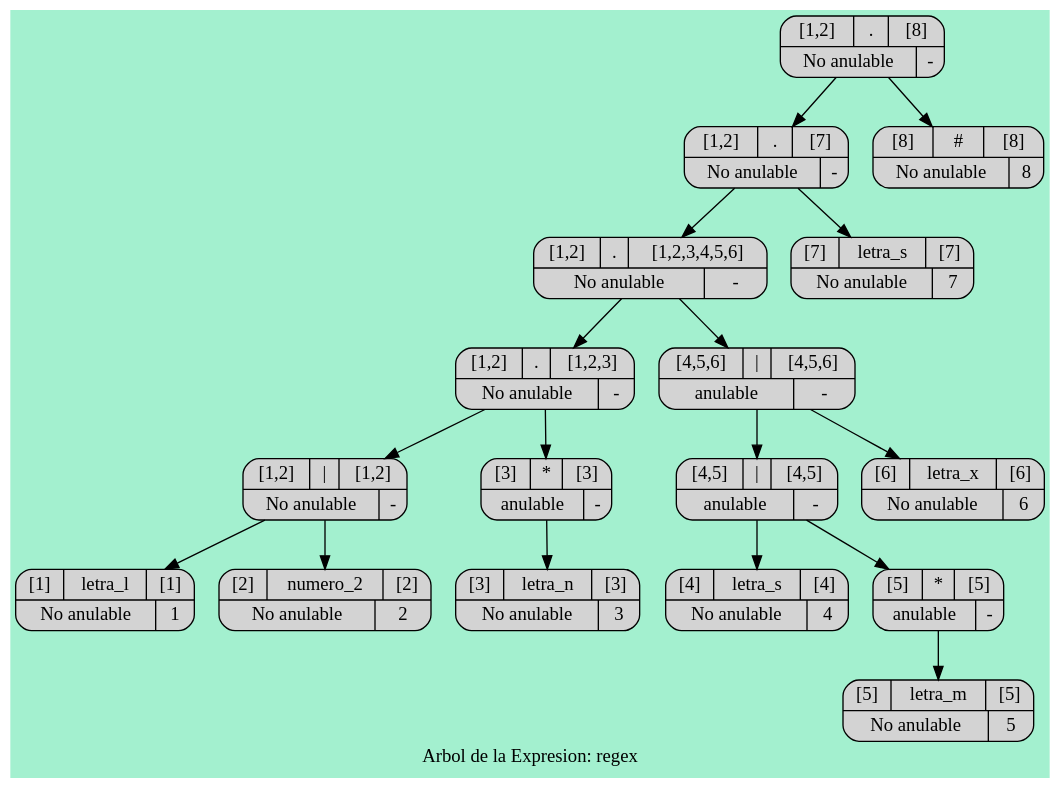
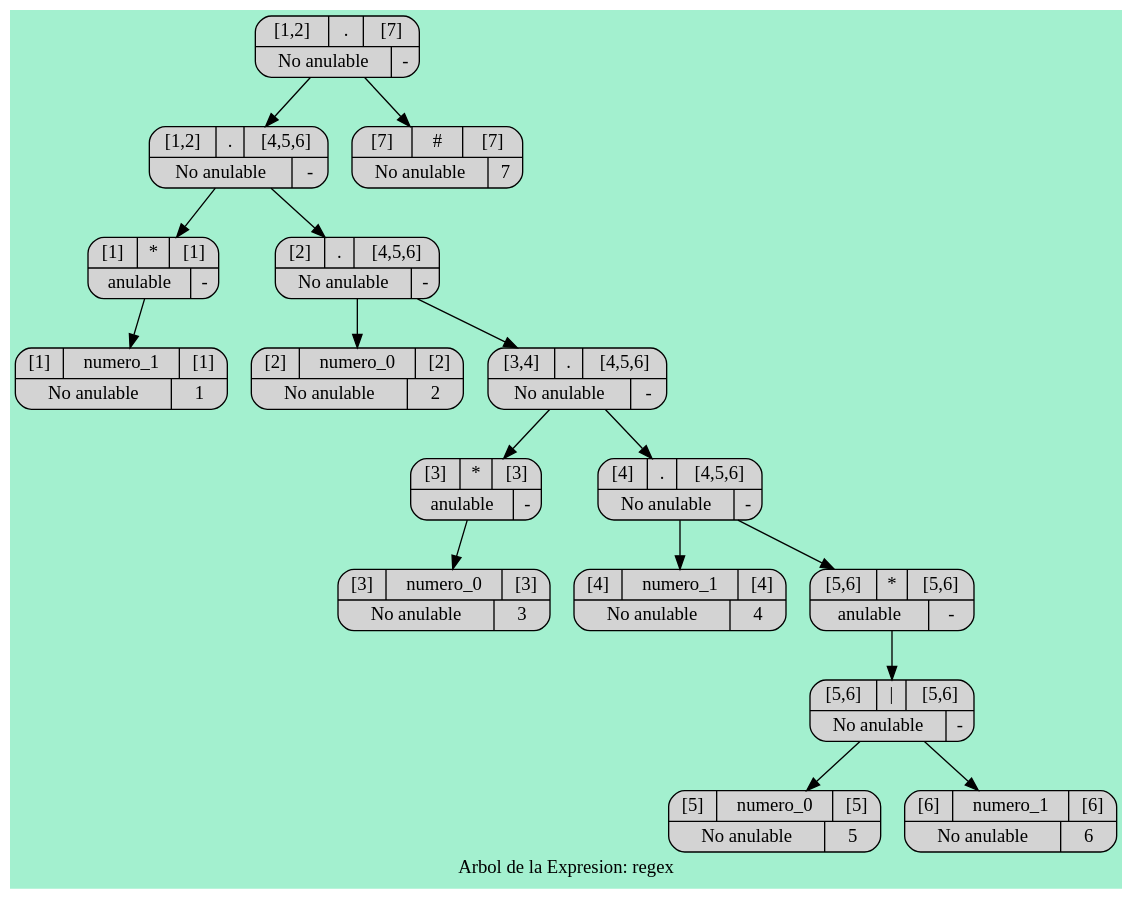
One commit to walterjav19/OLC1_202111718_Proyecto1 changed the diagram in src/main/java/Graphviz/Arbol_Sintactico0.dot. Above: the diagram before and after it, drawn with Graphviz. The commit also changed 32 other files, not shown here.

```diff
--- a/src/main/java/Graphviz/Arbol_Sintactico0.dot
+++ b/src/main/java/Graphviz/Arbol_Sintactico0.dot
@@ -1,39 +1,37 @@
 digraph Arbol_Sintactico{
   bgcolor = "#A3F0CF"
 node [shape=Mrecord style =filled];
-label ="Arbol de la Expresion: regex"node0[label="{{[1,2]|.|[8]}|{No anulable|-}}"];
+label ="Arbol de la Expresion: regex"node0[label="{{[1,2]|.|[7]}|{No anulable|-}}"];
 node0 -> node00
-node00[label="{{[1,2]|.|[7]}|{No anulable|-}}"];
+node00[label="{{[1,2]|.|[4,5,6]}|{No anulable|-}}"];
 node00 -> node000
-node000[label="{{[1,2]|.|[1,2,3,4,5,6]}|{No anulable|-}}"];
+node000[label="{{[1]|*|[1]}|{anulable|-}}"];
 node000 -> node0000
-node0000[label="{{[1,2]|.|[1,2,3]}|{No anulable|-}}"];
-node0000 -> node00000
-node00000[label="{{[1,2]|\||[1,2]}|{No anulable|-}}"];
-node00000 -> node000000
-node000000[label="{{[1]|letra_l|[1]}|{No anulable|1}}"];
-node00000 -> node000001
-node000001[label="{{[2]|numero_2|[2]}|{No anulable|2}}"];
-node0000 -> node00001
-node00001[label="{{[3]|*|[3]}|{anulable|-}}"];
-node00001 -> node000010
-node000010[label="{{[3]|letra_n|[3]}|{No anulable|3}}"];
-node000 -> node0001
-node0001[label="{{[4,5,6]|\||[4,5,6]}|{anulable|-}}"];
-node0001 -> node00010
-node00010[label="{{[4,5]|\||[4,5]}|{anulable|-}}"];
-node00010 -> node000100
-node000100[label="{{[4]|letra_s|[4]}|{No anulable|4}}"];
-node00010 -> node000101
-node000101[label="{{[5]|*|[5]}|{anulable|-}}"];
-node000101 -> node0001010
-node0001010[label="{{[5]|letra_m|[5]}|{No anulable|5}}"];
-node0001 -> node00011
-node00011[label="{{[6]|letra_x|[6]}|{No anulable|6}}"];
+node0000[label="{{[1]|numero_1|[1]}|{No anulable|1}}"];
 node00 -> node001
-node001[label="{{[7]|letra_s|[7]}|{No anulable|7}}"];
+node001[label="{{[2]|.|[4,5,6]}|{No anulable|-}}"];
+node001 -> node0010
+node0010[label="{{[2]|numero_0|[2]}|{No anulable|2}}"];
+node001 -> node0011
+node0011[label="{{[3,4]|.|[4,5,6]}|{No anulable|-}}"];
+node0011 -> node00110
+node00110[label="{{[3]|*|[3]}|{anulable|-}}"];
+node00110 -> node001100
+node001100[label="{{[3]|numero_0|[3]}|{No anulable|3}}"];
+node0011 -> node00111
+node00111[label="{{[4]|.|[4,5,6]}|{No anulable|-}}"];
+node00111 -> node001110
+node001110[label="{{[4]|numero_1|[4]}|{No anulable|4}}"];
+node00111 -> node001111
+node001111[label="{{[5,6]|*|[5,6]}|{anulable|-}}"];
+node001111 -> node0011110
+node0011110[label="{{[5,6]|\||[5,6]}|{No anulable|-}}"];
+node0011110 -> node00111100
+node00111100[label="{{[5]|numero_0|[5]}|{No anulable|5}}"];
+node0011110 -> node00111101
+node00111101[label="{{[6]|numero_1|[6]}|{No anulable|6}}"];
 node0 -> node01
-node01[label="{{[8]|#|[8]}|{No anulable|8}}"];
+node01[label="{{[7]|#|[7]}|{No anulable|7}}"];
 
 
 }
```
